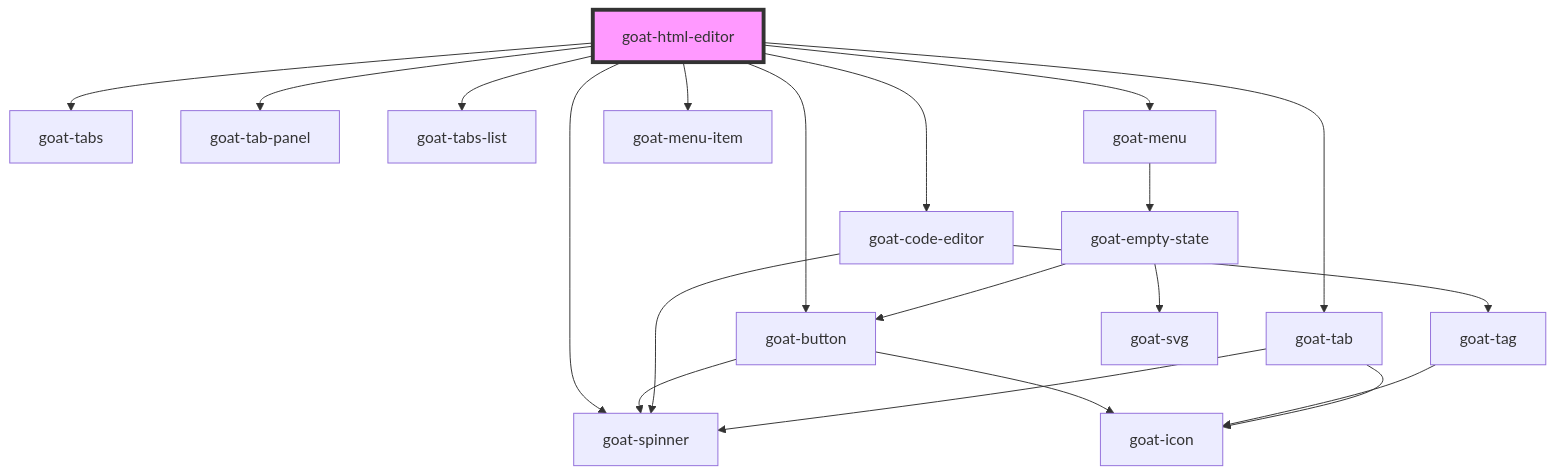
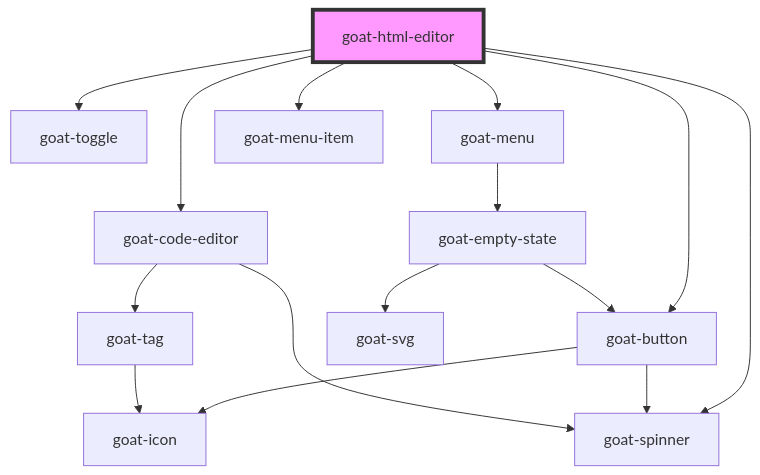
One commit to goatui/components changed the diagram in src/components/data-entry/html-editor/readme.md. Above: the diagram before and after it, drawn with Mermaid. The commit also changed other lines of this file and 29 other files, not shown here.

First line of the commit message:
59 html editor (#68)

````diff
--- a/src/components/data-entry/html-editor/readme.md
+++ b/src/components/data-entry/html-editor/readme.md
@@ -81,23 +78,18 @@
 ```mermaid
 graph TD;
   goat-html-editor --> goat-button
-  goat-html-editor --> goat-tabs
-  goat-html-editor --> goat-tab-panel
   goat-html-editor --> goat-spinner
   goat-html-editor --> goat-code-editor
-  goat-html-editor --> goat-tabs-list
-  goat-html-editor --> goat-tab
+  goat-html-editor --> goat-toggle
   goat-html-editor --> goat-menu
   goat-html-editor --> goat-menu-item
   goat-button --> goat-icon
   goat-button --> goat-spinner
   goat-code-editor --> goat-tag
   goat-code-editor --> goat-spinner
   goat-tag --> goat-icon
-  goat-tab --> goat-icon
-  goat-tab --> goat-spinner
   goat-menu --> goat-empty-state
   goat-empty-state --> goat-svg
   goat-empty-state --> goat-button
   style goat-html-editor fill:#f9f,stroke:#333,stroke-width:4px
 ```
````
